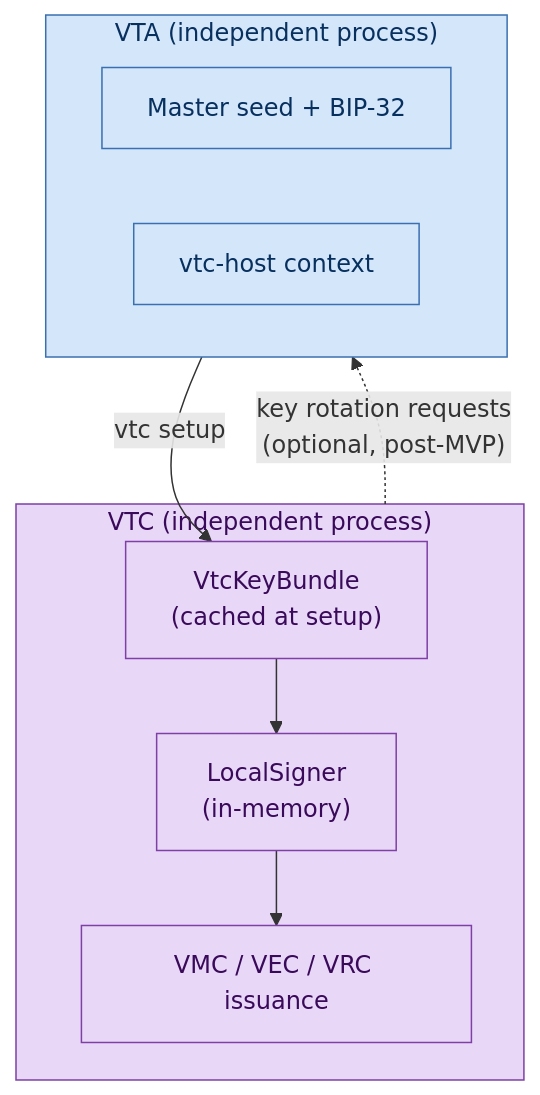
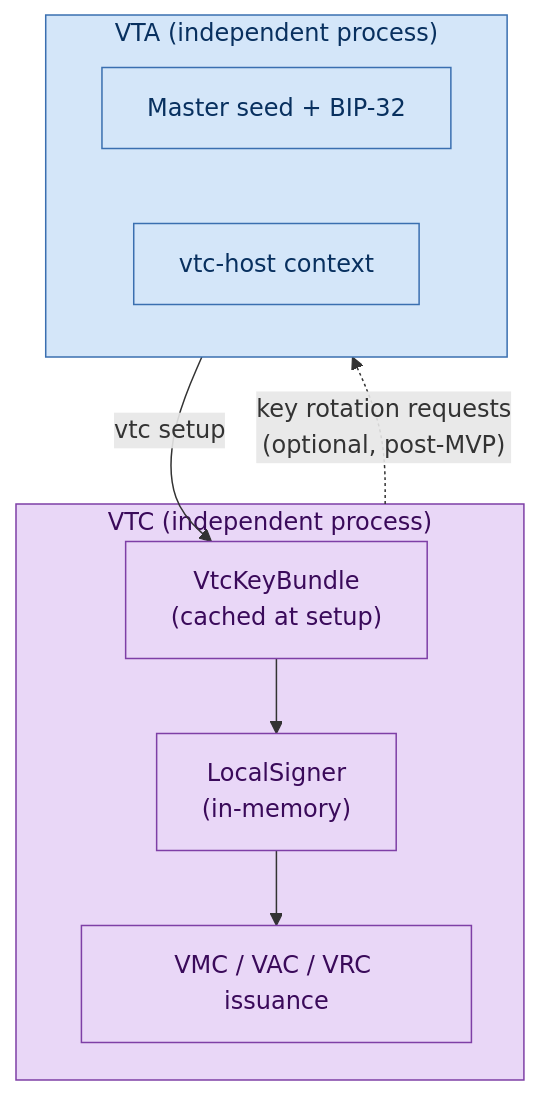
Before and after one commit to OpenVTC/verifiable-trust-infrastructure: the fourth of 4 diagrams in docs/03-vtc/architecture.md, drawn with Mermaid. The commit also changed other lines of this file and 46 other files, not shown here.

````diff
--- a/docs/03-vtc/architecture.md
+++ b/docs/03-vtc/architecture.md
@@ -212,23 +212,23 @@
 ```mermaid
 graph TB
     subgraph VTA["VTA (independent process)"]
         VTA_KEYS[Master seed + BIP-32]
         VTA_CTX[vtc-host context]
     end
 
     subgraph VTC["VTC (independent process)"]
         VTC_BUNDLE["VtcKeyBundle<br/>(cached at setup)"]
         VTC_SIGNER["LocalSigner<br/>(in-memory)"]
-        VTC_CREDS[VMC / VEC / VRC issuance]
+        VTC_CREDS[VMC / VAC / VRC issuance]
         VTC_BUNDLE --> VTC_SIGNER
         VTC_SIGNER --> VTC_CREDS
     end
 
     VTA -- "vtc setup" --> VTC_BUNDLE
     VTC -. "key rotation requests<br/>(optional, post-MVP)" .-> VTA
 
     classDef vta fill:#d4e6f9,stroke:#3a6fb0,color:#08305f
     classDef vtc fill:#e9d7f7,stroke:#7e3fa6,color:#3a0a5a
     class VTA,VTA_KEYS,VTA_CTX vta
     class VTC,VTC_BUNDLE,VTC_SIGNER,VTC_CREDS vtc
 ```
````
